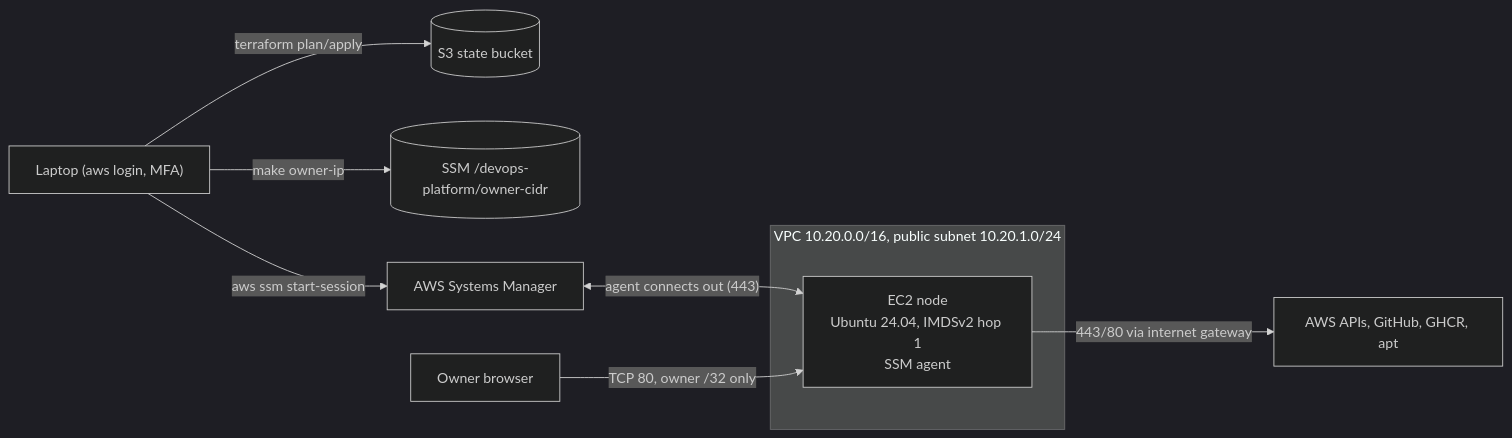
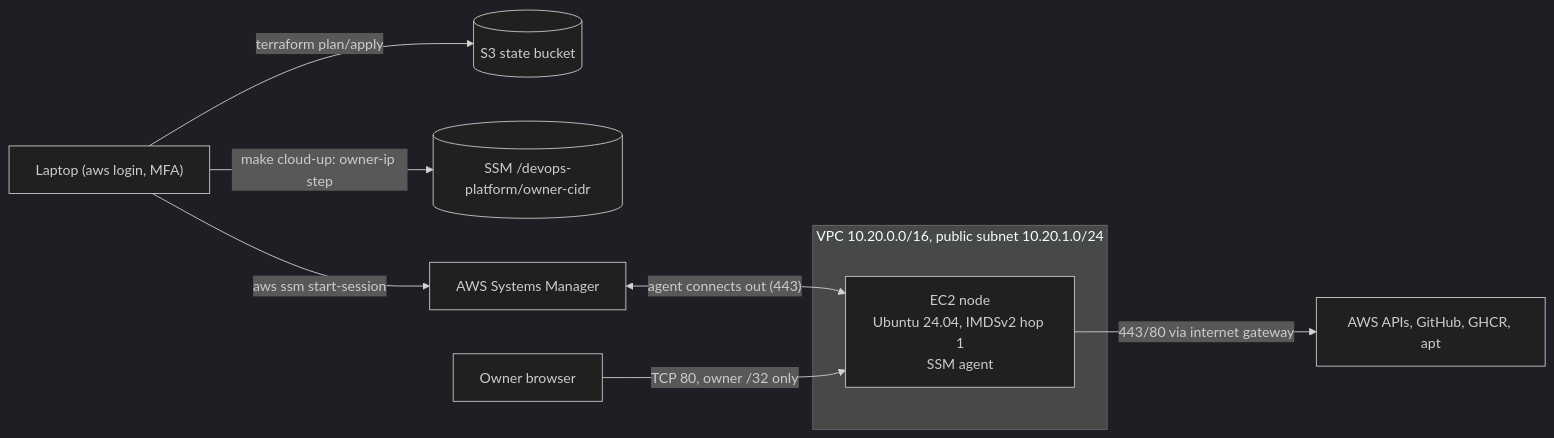
One commit to toolikheng/devops-platform changed the second of 2 diagrams in docs/architecture.md. Above: the diagram before and after it, drawn with Mermaid (dark theme). The commit also changed other lines of this file and 7 other files, not shown here.

First line of the commit message:
feat(make): store the owner IP at the start of every cloud-up

````diff
--- a/docs/architecture.md
+++ b/docs/architecture.md
@@ -87,12 +87,12 @@
 ```mermaid
 flowchart LR
     laptop["Laptop (aws login, MFA)"] -->|terraform plan/apply| state[(S3 state bucket)]
-    laptop -->|make owner-ip| param[(SSM /devops-platform/owner-cidr)]
+    laptop -->|make cloud-up: owner-ip step| param[(SSM /devops-platform/owner-cidr)]
     laptop -->|aws ssm start-session| ssm[AWS Systems Manager]
     subgraph vpc["VPC 10.20.0.0/16, public subnet 10.20.1.0/24"]
         node["EC2 node<br/>Ubuntu 24.04, IMDSv2 hop 1<br/>SSM agent"]
     end
     ssm <-->|"agent connects out (443)"| node
     browser["Owner browser"] -->|"TCP 80, owner /32 only"| node
     node -->|"443/80 via internet gateway"| internet["AWS APIs, GitHub, GHCR, apt"]
 ```
````
